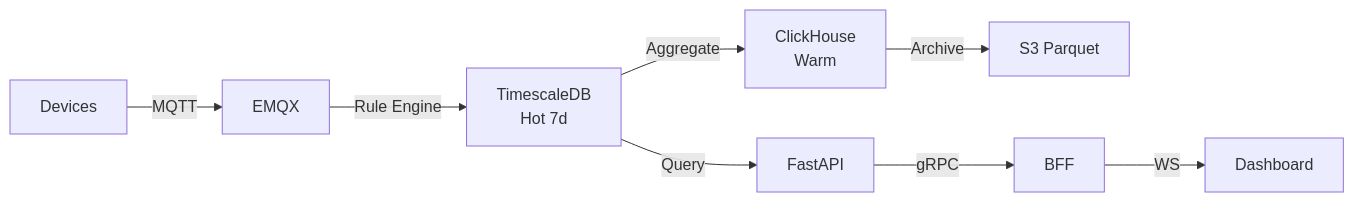
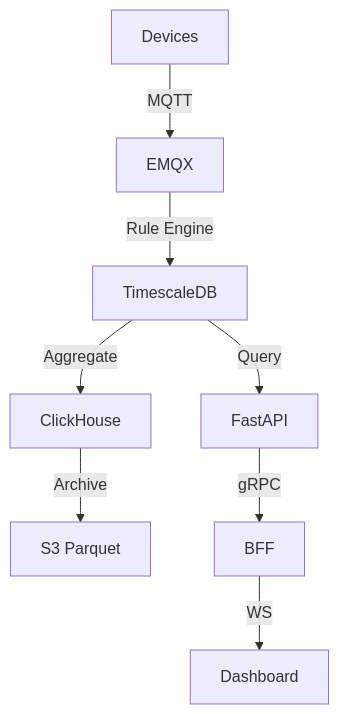
Before and after one commit to osisdie/osisdie.github.io: the third of 3 diagrams in _posts/2026/2026-03-30-iot-1m-device-architecture.md, drawn with Mermaid. The commit also changed 1 other file, not shown here.

Commit message:
fix: mermaid LR clipping — storage and observability flowcharts to TD

````diff
--- a/_posts/2026/2026-03-30-iot-1m-device-architecture.md
+++ b/_posts/2026/2026-03-30-iot-1m-device-architecture.md
@@ -162,10 +162,10 @@
 ```mermaid
-flowchart LR
+flowchart TD
     D[Devices] -->|MQTT| E[EMQX]
-    E -->|Rule Engine| H[TimescaleDB<br/>Hot 7d]
-    H -->|Aggregate| W[ClickHouse<br/>Warm]
+    E -->|Rule Engine| H[TimescaleDB]
+    H -->|Aggregate| W[ClickHouse]
     W -->|Archive| C[S3 Parquet]
     H -->|Query| A[FastAPI]
     A -->|gRPC| B[BFF]
     B -->|WS| U[Dashboard]
 ```
````
